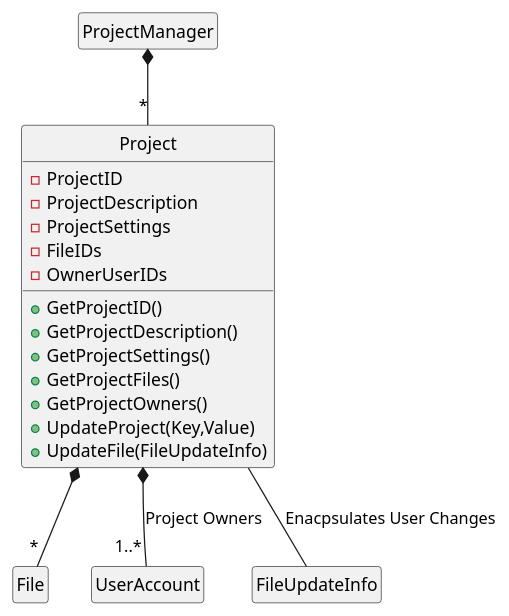
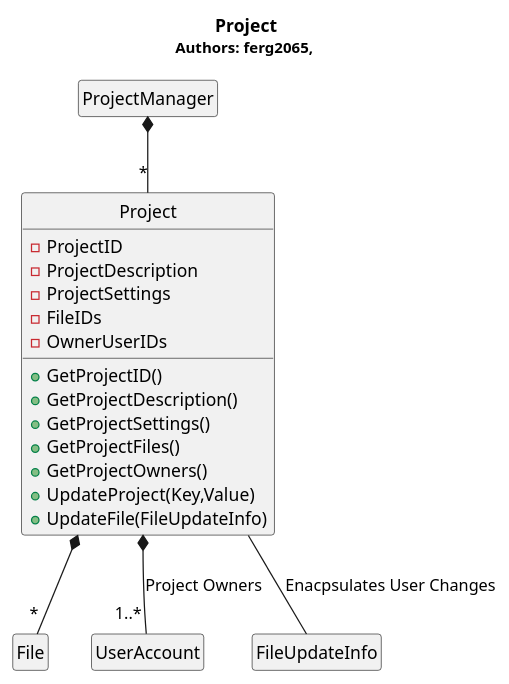
Before and after one commit to voxelv/sQuire_kw: the diagram in hw3/Server/server_project.pu, drawn with PlantUML. The commit also changed 19 other files, not shown here.

```diff
--- a/hw3/Server/server_project.pu
+++ b/hw3/Server/server_project.pu
@@ -1,35 +1,37 @@
 @startuml
 hide circle
 hide empty members
+
+Title <b>Project</b>\n<size:12>Authors: ferg2065, </size>
 
 class "ProjectManager" as sqs_pr_m
 class "Project" as sqs_pr{
 	-ProjectID
 	-ProjectDescription
 	-ProjectSettings
 	-FileIDs
 	-OwnerUserIDs
 	+GetProjectID()
 	+GetProjectDescription()
 	+GetProjectSettings()
 	+GetProjectFiles()
 	+GetProjectOwners()
 	+UpdateProject(Key,Value)
 	+UpdateFile(FileUpdateInfo)
 	}
 
 class "File" as sqs_fi
 class "UserAccount" as sqs_ua
 class "FileUpdateInfo" as sqs_fi_ui
 
 sqs_pr_m *-- "*" sqs_pr
 
 sqs_pr *-- "*" sqs_fi 
 
 sqs_pr *-- "1..*" sqs_ua : "Project Owners"
 
 sqs_pr -- sqs_fi_ui : Enacpsulates User Changes
 
 
 
 @enduml
```
